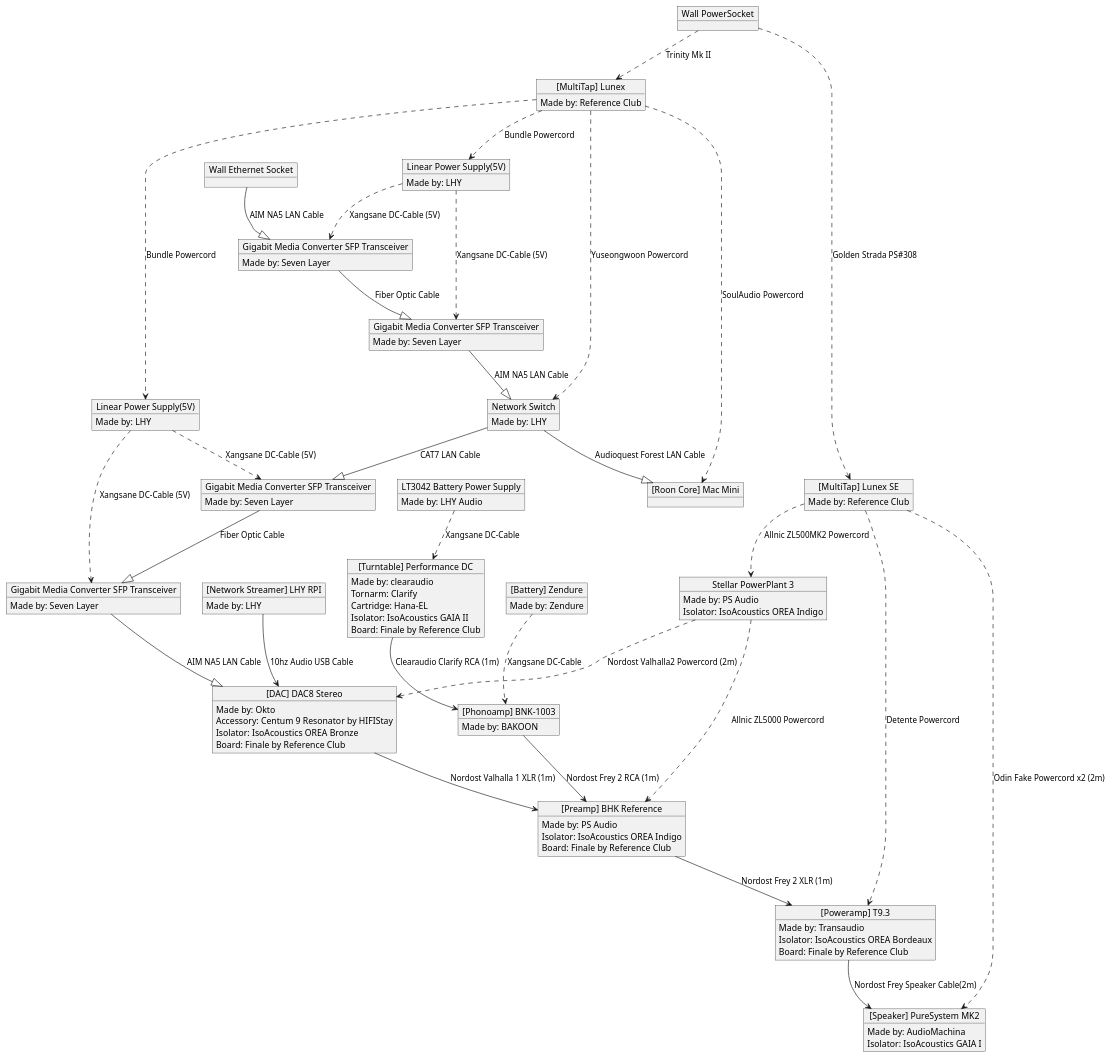
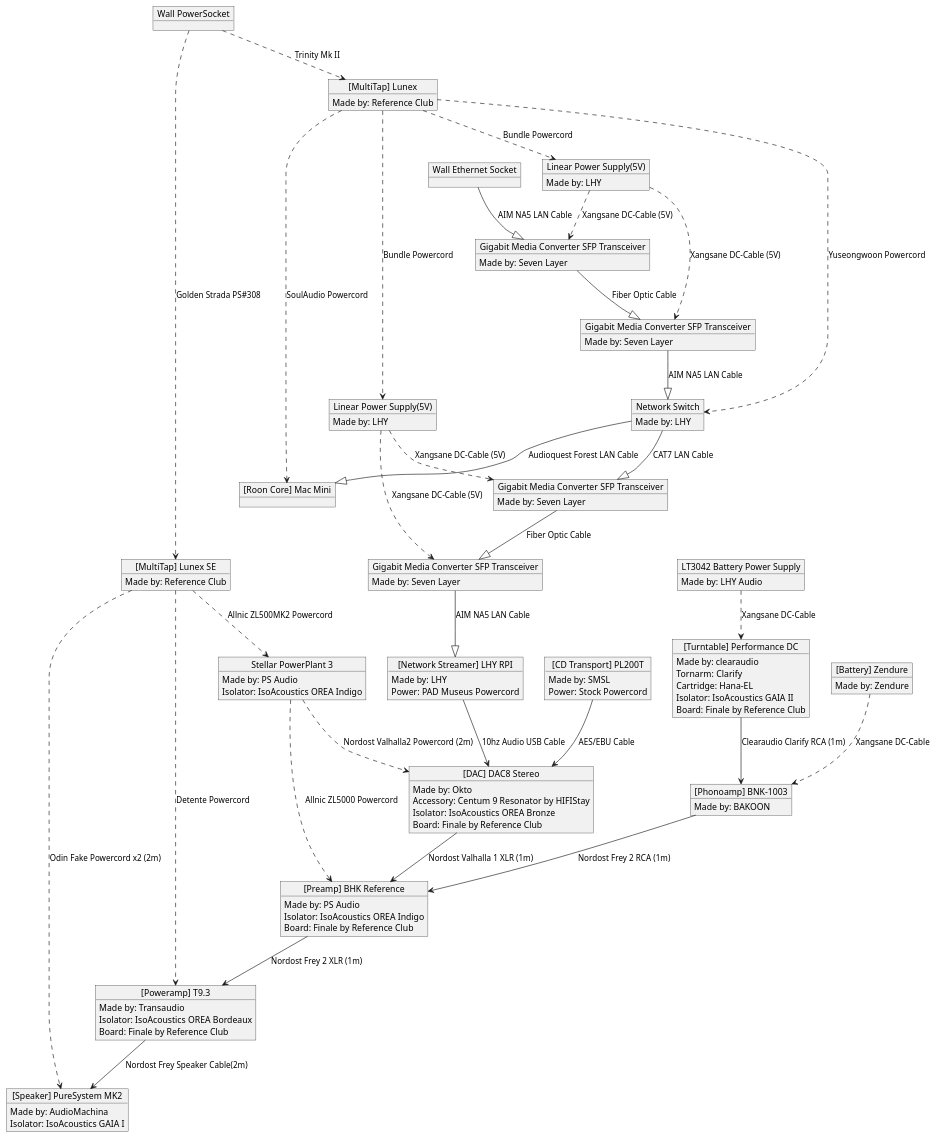
One commit to zebehn/zebehn.github.io changed the diagram in hifi-audio/system_2609.puml. Above: the diagram before and after it, drawn with PlantUML.

Commit message:
HI-FI 9월판 보완: LHY RPI 전원(PAD Museus)·광 리시버 LAN 입력, SMSL PL200T CD 트랜스포트(AES/EBU → Okto DAC) 추가

```diff
--- a/hifi-audio/system_2609.puml
+++ b/hifi-audio/system_2609.puml
@@ -1,114 +1,120 @@
 @startuml minsu-hifi-2609v1
 
 object "[DAC] DAC8 Stereo" as dac
 dac : Made by: Okto
 dac : Accessory: Centum 9 Resonator by HIFIStay
 dac : Isolator: IsoAcoustics OREA Bronze
 dac : Board: Finale by Reference Club
 
 object "[Turntable] Performance DC" as turntable
 turntable : Made by: clearaudio
 turntable : Tornarm: Clarify
 turntable : Cartridge: Hana-EL
 turntable : Isolator: IsoAcoustics GAIA II
 turntable : Board: Finale by Reference Club
 
 object "[Preamp] BHK Reference" as preamp
 preamp : Made by: PS Audio
 preamp : Isolator: IsoAcoustics OREA Indigo
 preamp : Board: Finale by Reference Club
 
 object "[Poweramp] T9.3" as poweramp
 poweramp : Made by: Transaudio
 poweramp : Isolator: IsoAcoustics OREA Bordeaux
 poweramp : Board: Finale by Reference Club
 
 object "[Phonoamp] BNK-1003" as phononamp
 phononamp : Made by: BAKOON
 
 object "LT3042 Battery Power Supply" as batteryps
 batteryps : Made by: LHY Audio
 
 object "Linear Power Supply(5V)" as linear1
 linear1 : Made by: LHY
 
 object "Linear Power Supply(5V)" as linear2
 linear2 : Made by: LHY
 
 object "[Battery] Zendure" as battery
 battery : Made by: Zendure
 
 object "[Speaker] PureSystem MK2" as speaker
 speaker : Made by: AudioMachina
 speaker : Isolator: IsoAcoustics GAIA I
 
 object "[Network Streamer] LHY RPI" as streamer
 streamer : Made by: LHY
+streamer : Power: PAD Museus Powercord
+
+object "[CD Transport] PL200T" as cdt
+cdt : Made by: SMSL
+cdt : Power: Stock Powercord
 
 object "[Roon Core] Mac Mini" as macmini
 
 object "[MultiTap] Lunex SE" as multitap1
 multitap1 : Made by: Reference Club
 
 object "[MultiTap] Lunex" as multitap2
 multitap2 : Made by: Reference Club
 
 object "Stellar PowerPlant 3" as powerregenerator
 powerregenerator : Made by: PS Audio
 powerregenerator : Isolator: IsoAcoustics OREA Indigo
 
 object "Wall PowerSocket" as wallpowersocket
 object "Wall Ethernet Socket" as walllansocket
 
 object "Network Switch" as netswitch
 netswitch : Made by: LHY
 
 object "Gigabit Media Converter SFP Transceiver" as fiberhub1
 fiberhub1 : Made by: Seven Layer
 
 object "Gigabit Media Converter SFP Transceiver" as fiberhub2
 fiberhub2 : Made by: Seven Layer
 
 object "Gigabit Media Converter SFP Transceiver" as fiberhub3
 fiberhub3 : Made by: Seven Layer
 
 object "Gigabit Media Converter SFP Transceiver" as fiberhub4
 fiberhub4 : Made by: Seven Layer
 
 dac --> preamp : Nordost Valhalla 1 XLR (1m)
 preamp --> poweramp : Nordost Frey 2 XLR (1m)
 poweramp --> speaker : Nordost Frey Speaker Cable(2m)
 phononamp --> preamp : Nordost Frey 2 RCA (1m)
 turntable --> phononamp: Clearaudio Clarify RCA (1m)
 
 wallpowersocket ..> multitap1: Golden Strada PS#308
 multitap1 ..> powerregenerator: Allnic ZL500MK2 Powercord
 powerregenerator ..> preamp: Allnic ZL5000 Powercord
 multitap1 ..> poweramp: Detente Powercord
 powerregenerator ..> dac : Nordost Valhalla2 Powercord (2m)
 
 wallpowersocket ..> multitap2: Trinity Mk II
 multitap2 ..> linear1: Bundle Powercord
 multitap2 ..> linear2: Bundle Powercord
 linear1 ..> fiberhub3: Xangsane DC-Cable (5V)
 linear1 ..> fiberhub4: Xangsane DC-Cable (5V)
 multitap2 ..> macmini: SoulAudio Powercord
 
 batteryps ..> turntable: Xangsane DC-Cable
 multitap1 ..> speaker: Odin Fake Powercord x2 (2m)
 battery ..> phononamp: Xangsane DC-Cable
 multitap2 ..> netswitch: Yuseongwoon Powercord
 linear2 ..> fiberhub1: Xangsane DC-Cable (5V)
 linear2 ..> fiberhub2: Xangsane DC-Cable (5V)
 
 streamer --> dac: 10hz Audio USB Cable
+cdt --> dac: AES/EBU Cable
 
 walllansocket --|> fiberhub1: AIM NA5 LAN Cable
 fiberhub1 --|> fiberhub2: Fiber Optic Cable
 fiberhub2 --|> netswitch: AIM NA5 LAN Cable
 netswitch --|> macmini: Audioquest Forest LAN Cable
 netswitch --|> fiberhub3: CAT7 LAN Cable
 fiberhub3 --|> fiberhub4: Fiber Optic Cable
-fiberhub4 --|> dac: AIM NA5 LAN Cable
+fiberhub4 --|> streamer: AIM NA5 LAN Cable
 
 @enduml
```
